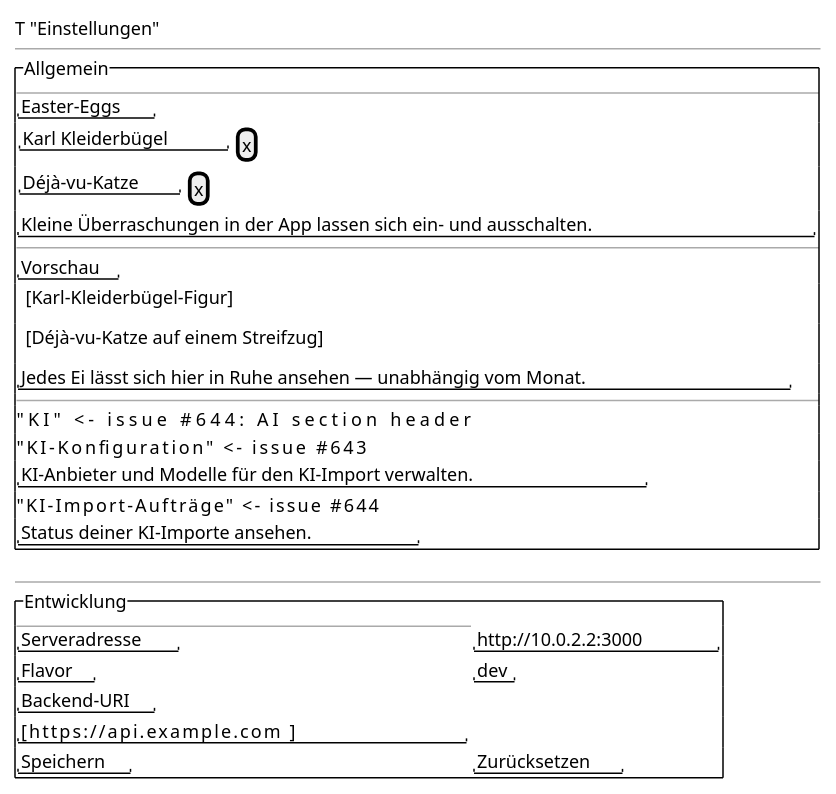
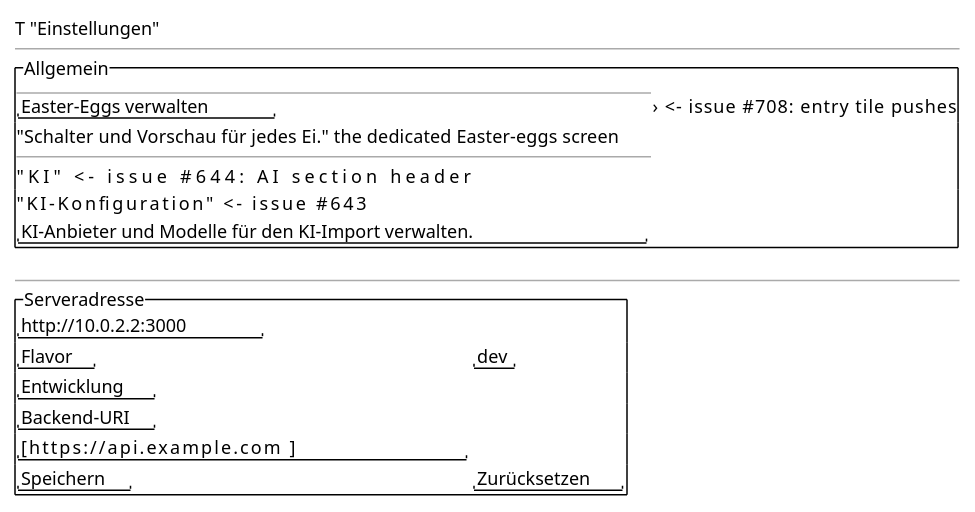
One commit to tradem/breakdown-rs changed the diagram in docs/design/screens/settings.md. Above: the diagram before and after it, drawn with PlantUML. The commit also changed other lines of this file and 24 other files, not shown here.

````diff
--- a/docs/design/screens/settings.md
+++ b/docs/design/screens/settings.md
@@ -36,35 +38,25 @@
 ```plantuml
 @startsalt
 {
   T "Einstellungen"
   --
   {^ "Allgemein"
     --
-    "Easter-Eggs"
-    { "Karl Kleiderbügel" | [x] }
-    { "Déjà-vu-Katze" | [x] }
-    "Kleine Überraschungen in der App lassen sich ein- und ausschalten."
-    --
-    "Vorschau"
-    {^ [Karl-Kleiderbügel-Figur] }
-    {^ [Déjà-vu-Katze auf einem Streifzug] }
-    "Jedes Ei lässt sich hier in Ruhe ansehen — unabhängig vom Monat."
+    "Easter-Eggs verwalten" | ›        <- issue #708: entry tile pushes
+    "Schalter und Vorschau für jedes Ei."   the dedicated Easter-eggs screen
     --
     "KI"                                 <- issue #644: AI section header
     "KI-Konfiguration"                  <- issue #643
     "KI-Anbieter und Modelle für den KI-Import verwalten."
-    "KI-Import-Aufträge"                <- issue #644
-    "Status deiner KI-Importe ansehen."
   }
   --
-  {^ "Entwicklung"
-    --
-    "Serveradresse" | "http://10.0.2.2:3000"
-    "Flavor" | "dev"
-    "Backend-URI"
-    "[https://api.example.com            ]"
-    "Speichern" | "Zurücksetzen"
+  {^ "Serveradresse" | "http://10.0.2.2:3000"
+     "Flavor" | "dev"
+     "Entwicklung"
+     "Backend-URI"
+     "[https://api.example.com            ]"
+     "Speichern" | "Zurücksetzen"
   }
 }
 @endsalt
 ```
````
